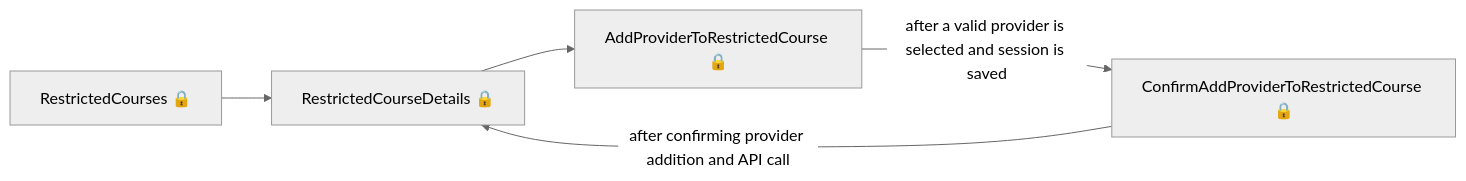
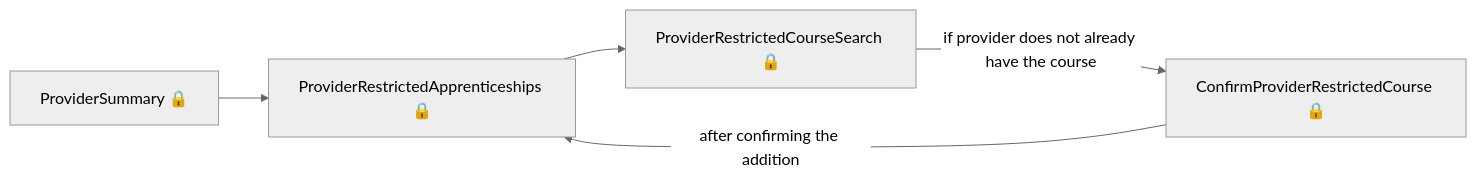
The third of 11 diagrams in das-admin-roatp-web/user-journeys/user-journeys.md (talentconsulting/atlas-dfe), drawn with Mermaid (neutral theme) before and after one commit. The commit also changed other lines of this file and 22 other files, not shown here.

````diff
--- a/das-admin-roatp-web/user-journeys/user-journeys.md
+++ b/das-admin-roatp-web/user-journeys/user-journeys.md
@@ -49,7 +49,7 @@
 ```mermaid
 flowchart LR
-  p0["RestrictedCourses 🔒"] --> p1["RestrictedCourseDetails 🔒"]
-  p1["RestrictedCourseDetails 🔒"] --> p2["AddProviderToRestrictedCourse 🔒"]
-  p2["AddProviderToRestrictedCourse 🔒"] -->|"after a valid provider is selected and session is saved"| p3["ConfirmAddProviderToRestrictedCourse 🔒"]
-  p3["ConfirmAddProviderToRestrictedCourse 🔒"] -->|"after confirming provider addition and API call"| p1["RestrictedCourseDetails 🔒"]
+  p0["ProviderSummary 🔒"] --> p1["ProviderRestrictedApprenticeships 🔒"]
+  p1["ProviderRestrictedApprenticeships 🔒"] --> p2["ProviderRestrictedCourseSearch 🔒"]
+  p2["ProviderRestrictedCourseSearch 🔒"] -->|"if provider does not already have the course"| p3["ConfirmProviderRestrictedCourse 🔒"]
+  p3["ConfirmProviderRestrictedCourse 🔒"] -->|"after confirming the addition"| p1["ProviderRestrictedApprenticeships 🔒"]
 ```
````
